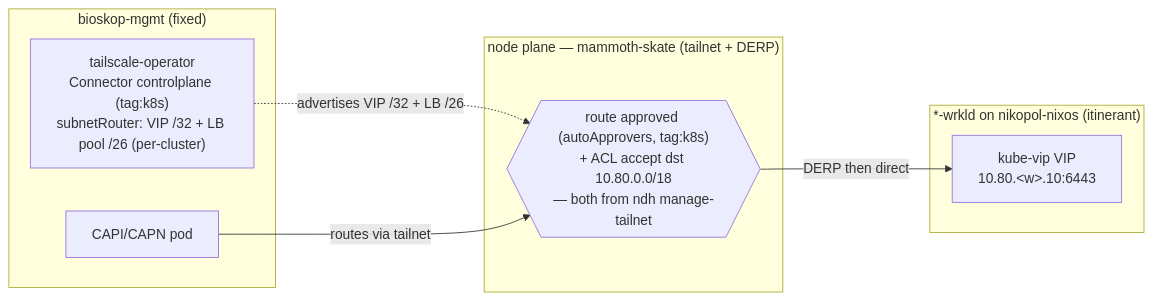
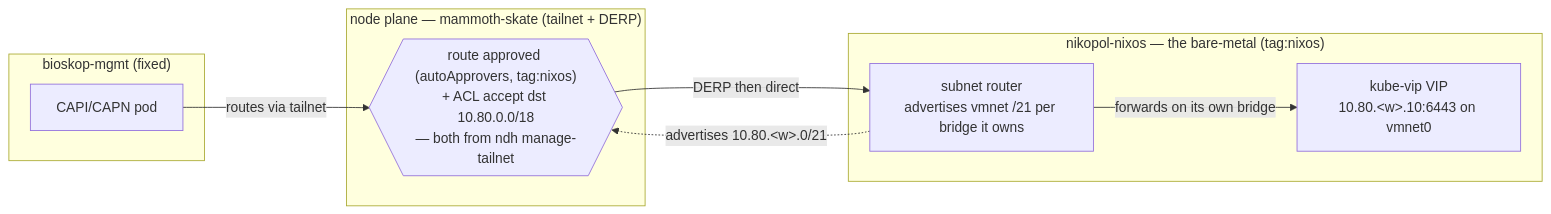
Before and after one commit to seedmatic/rke2lab: the fifth of 9 diagrams in docs/architecture/cluster-api/management-workload-topology.adoc, drawn with Mermaid. The commit also changed other lines of this file and 6 other files, not shown here.

First line of the commit message:
docs(cluster-api,netplan): the reach is the bare-metal's, and the pod DNS claim is now true

```diff
--- a/docs/architecture/cluster-api/management-workload-topology.adoc
+++ b/docs/architecture/cluster-api/management-workload-topology.adoc
@@ -442,17 +465,18 @@
 [mermaid,topology-cp-endpoint-reach,svg]
 ----
 flowchart LR
   subgraph MGMT["bioskop-mgmt (fixed)"]
     CAPI["CAPI/CAPN pod"]
-    OP["tailscale-operator<br/>Connector controlplane (tag:k8s)<br/>subnetRouter: VIP /32 + LB pool /26 (per-cluster)"]
+  end
+  subgraph HOST["nikopol-nixos — the bare-metal (tag:nixos)"]
+    SR["subnet router<br/>advertises vmnet /21 per bridge it owns"]
+    VIP["kube-vip VIP<br/>10.80.&lt;w&gt;.10:6443 on vmnet0"]
   end
   subgraph TS["node plane — mammoth-skate (tailnet + DERP)"]
-    R{{"route approved (autoApprovers, tag:k8s)<br/>+ ACL accept dst 10.80.0.0/18<br/>— both from ndh manage-tailnet"}}
+    R{{"route approved (autoApprovers, tag:nixos)<br/>+ ACL accept dst 10.80.0.0/18<br/>— both from ndh manage-tailnet"}}
   end
-  subgraph WL["*-wrkld on nikopol-nixos (itinerant)"]
-    VIP["kube-vip VIP<br/>10.80.&lt;w&gt;.10:6443"]
-  end
-  OP -.->|advertises VIP /32 + LB /26| R
+  SR -.->|advertises 10.80.&lt;w&gt;.0/21| R
   CAPI -->|routes via tailnet| R
-  R -->|DERP then direct| VIP
+  R -->|DERP then direct| SR
+  SR -->|forwards on its own bridge| VIP
 ----
```
